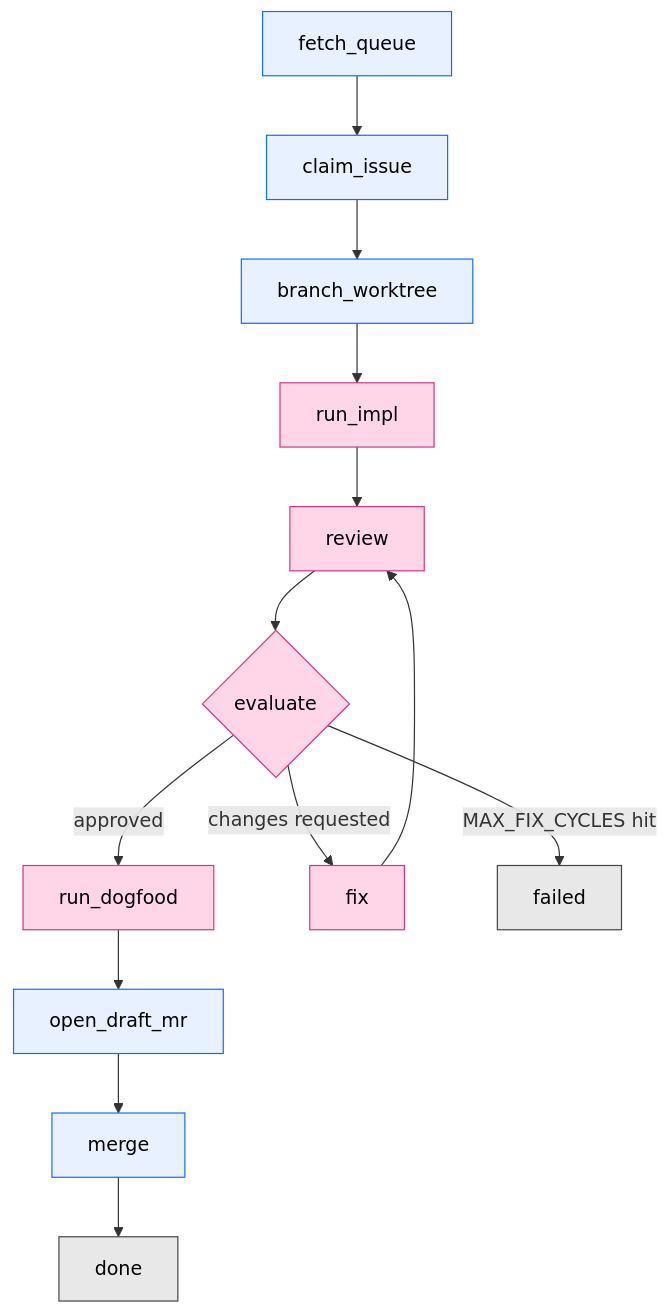
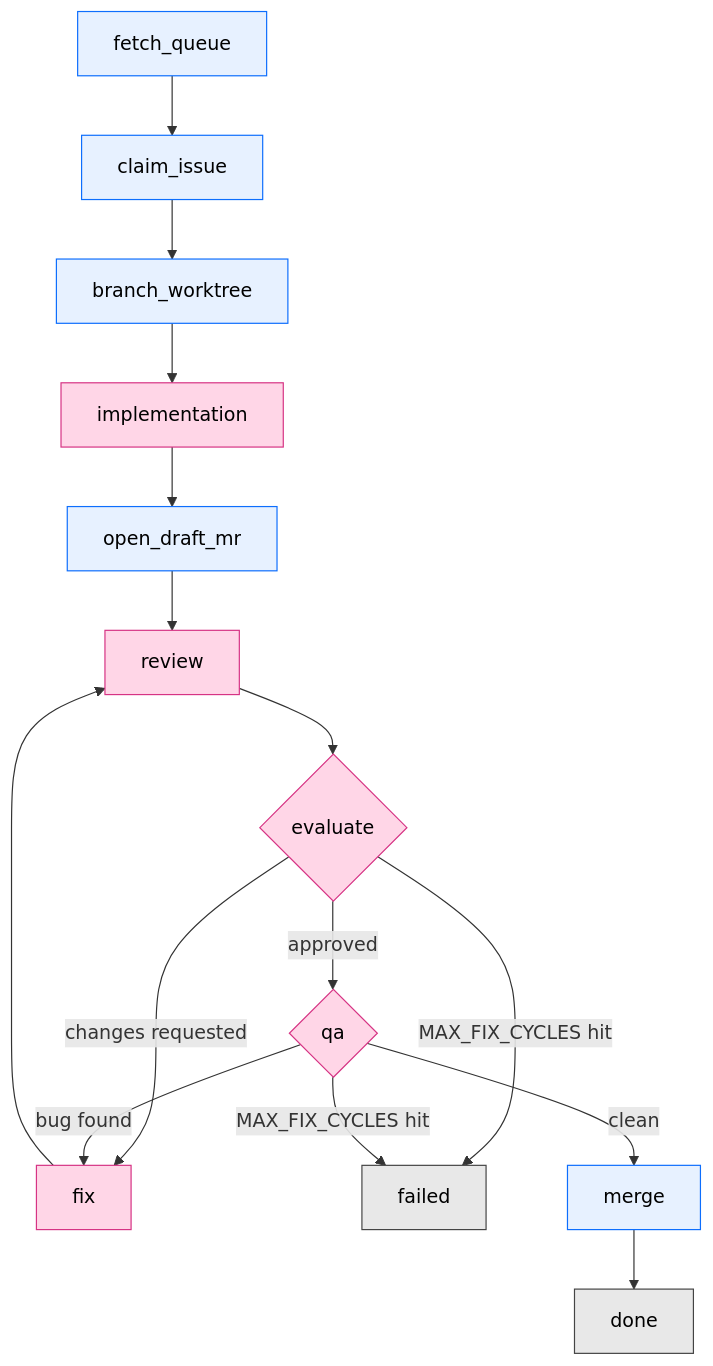
Before and after one commit to rbaumier/kirby-bot: the diagram in README.md, drawn with Mermaid. The commit also changed other lines of this file and 23 other files, not shown here.

First line of the commit message:
refactor(phases): rename run_impl→implementation, run_dogfood→qa; loop qa failures back to fix

````diff
--- a/README.md
+++ b/README.md
@@ -36,22 +36,24 @@
 ```mermaid
 flowchart TD
     A[fetch_queue] --> B[claim_issue]
     B --> C[branch_worktree]
-    C --> D[run_impl]
-    D --> E[review]
+    C --> D[implementation]
+    D --> I[open_draft_mr]
+    I --> E[review]
     E --> F{evaluate}
-    F -->|approved| G[run_dogfood]
+    F -->|approved| G{qa}
     F -->|changes requested| H[fix]
+    F -->|MAX_FIX_CYCLES hit| X[failed]
     H --> E
-    F -->|MAX_FIX_CYCLES hit| X[failed]
-    G --> I[open_draft_mr]
-    I --> J[merge]
+    G -->|clean| J[merge]
+    G -->|bug found| H
+    G -->|MAX_FIX_CYCLES hit| X
     J --> K[done]
 
     classDef interactive fill:#ffd6e7,stroke:#d63384,color:#000
     classDef script fill:#e7f1ff,stroke:#0d6efd,color:#000
     classDef terminal fill:#e8e8e8,stroke:#444,color:#000
     class D,E,F,H,G interactive
     class A,B,C,I,J script
     class K,X terminal
 ```
````
